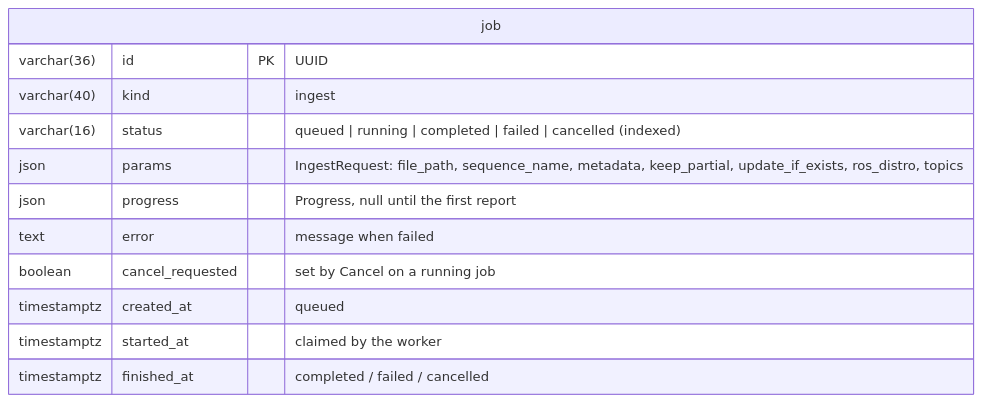
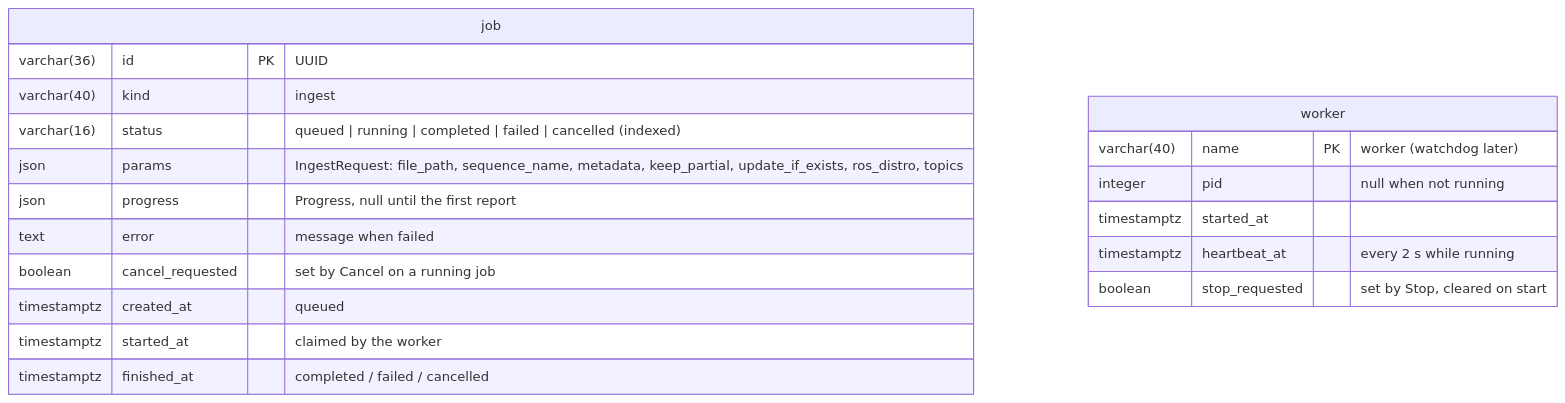
Before and after one commit to abhisheknannuri/mosaico: the third of 9 diagrams in mosaico-dashboard/docs/architecture.md, drawn with Mermaid. The commit also changed other lines of this file and 27 other files, not shown here.

````diff
--- a/mosaico-dashboard/docs/architecture.md
+++ b/mosaico-dashboard/docs/architecture.md
@@ -91,15 +99,22 @@
 ```mermaid
 erDiagram
     job {
         varchar(36) id PK "UUID"
         varchar(40) kind "ingest"
         varchar(16) status "queued | running | completed | failed | cancelled (indexed)"
         json params "IngestRequest: file_path, sequence_name, metadata, keep_partial, update_if_exists, ros_distro, topics"
         json progress "Progress, null until the first report"
         text error "message when failed"
         boolean cancel_requested "set by Cancel on a running job"
         timestamptz created_at "queued"
         timestamptz started_at "claimed by the worker"
         timestamptz finished_at "completed / failed / cancelled"
     }
+    worker {
+        varchar(40) name PK "worker (watchdog later)"
+        integer pid "null when not running"
+        timestamptz started_at
+        timestamptz heartbeat_at "every 2 s while running"
+        boolean stop_requested "set by Stop, cleared on start"
+    }
 ```
````
